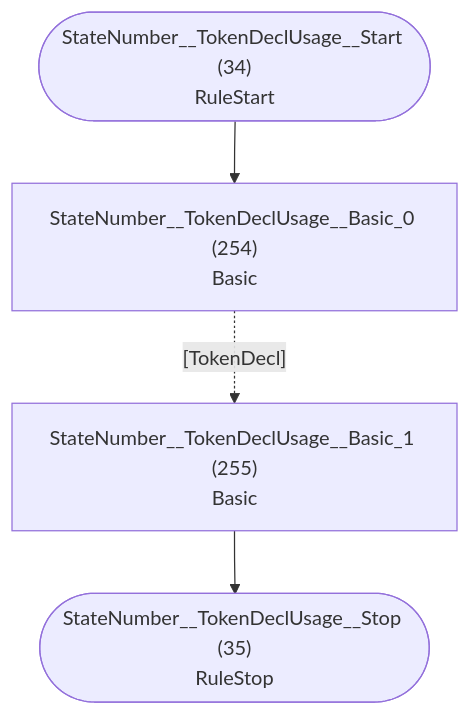
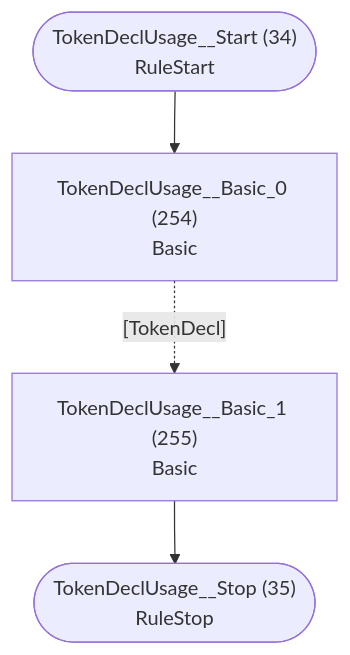
Before and after one commit to TypeFox/fastbelt: diagram 18 of 37 in internal/grammar/atn.md, drawn with Mermaid. The commit also changed other lines of this file and 26 other files, not shown here.

````diff
--- a/internal/grammar/atn.md
+++ b/internal/grammar/atn.md
@@ -573,11 +573,11 @@
 ```mermaid
 flowchart TD
-    q34(["StateNumber__TokenDeclUsage__Start (34)<br/>RuleStart"])
-    q35(["StateNumber__TokenDeclUsage__Stop (35)<br/>RuleStop"])
-    q254["StateNumber__TokenDeclUsage__Basic_0 (254)<br/>Basic<br/>"]
-    q255["StateNumber__TokenDeclUsage__Basic_1 (255)<br/>Basic<br/>"]
+    q34(["TokenDeclUsage__Start (34)<br/>RuleStart"])
+    q35(["TokenDeclUsage__Stop (35)<br/>RuleStop"])
+    q254["TokenDeclUsage__Basic_0 (254)<br/>Basic<br/>"]
+    q255["TokenDeclUsage__Basic_1 (255)<br/>Basic<br/>"]
 
     q34 --> q254
     q254 -.->|"[TokenDecl]"| q255
     q255 --> q35
 ```
````
